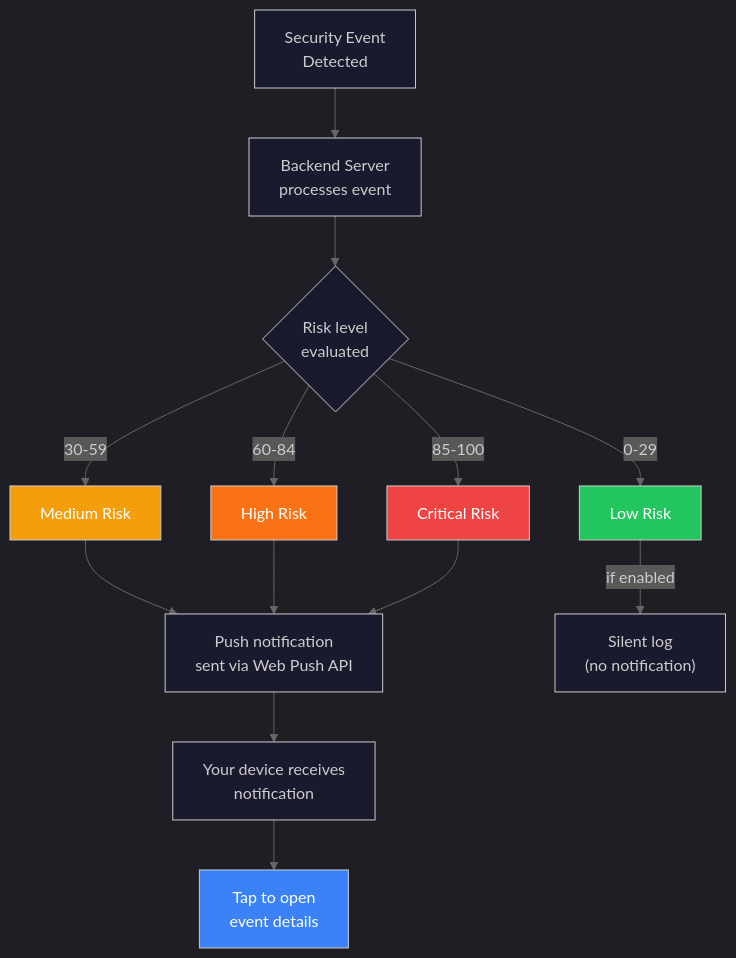
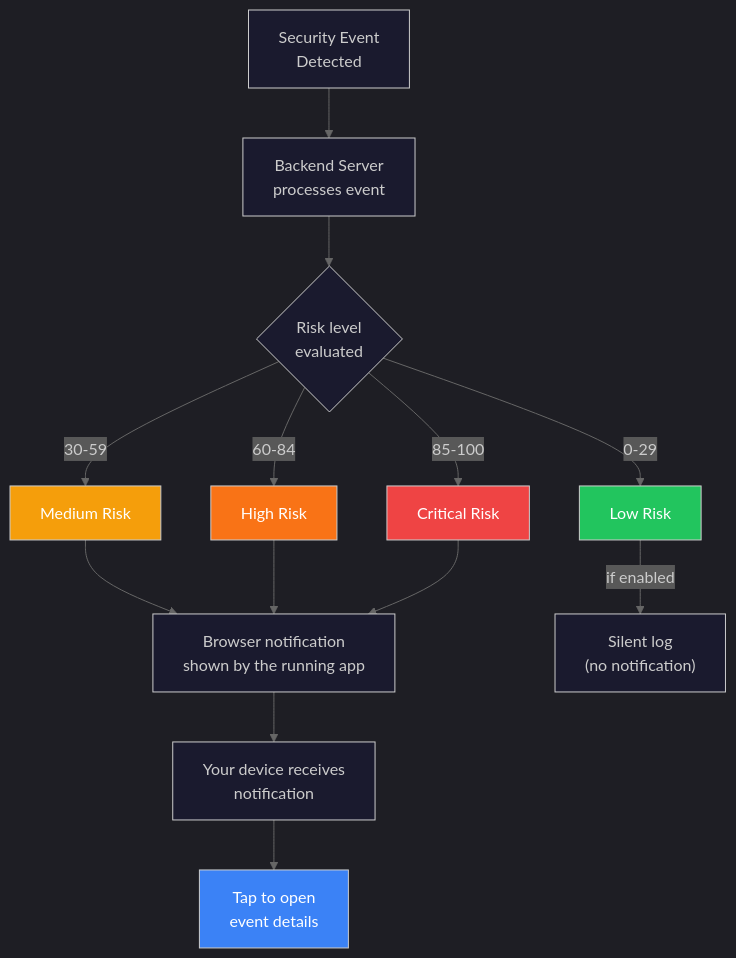
The diagram in docs/ui/mobile-pwa.md (mikesvoboda/nemotron-v3-home-security-intelligence), drawn with Mermaid before and after one commit. The commit also changed other lines of this file and 313 other files, not shown here.

````diff
--- a/docs/ui/mobile-pwa.md
+++ b/docs/ui/mobile-pwa.md
@@ -190,48 +201,48 @@
 ```mermaid
 %%{init: {
   'theme': 'dark',
   'themeVariables': {
     'primaryColor': '#3B82F6',
     'primaryTextColor': '#FFFFFF',
     'primaryBorderColor': '#60A5FA',
     'secondaryColor': '#A855F7',
     'tertiaryColor': '#009688',
     'background': '#121212',
     'mainBkg': '#1a1a2e',
     'lineColor': '#666666'
   }
 }}%%
 flowchart TD
     EVENT["Security Event<br/>Detected"]
     PROCESS["Backend Server<br/>processes event"]
     RISK{"Risk level<br/>evaluated"}
     LOW["Low Risk"]
     MED["Medium Risk"]
     HIGH["High Risk"]
     CRIT["Critical Risk"]
-    PUSH["Push notification<br/>sent via Web Push API"]
+    PUSH["Browser notification<br/>shown by the running app"]
     DEVICE["Your device receives<br/>notification"]
     TAP["Tap to open<br/>event details"]
     SILENT["Silent log<br/>(no notification)"]
 
     EVENT --> PROCESS
     PROCESS --> RISK
     RISK -->|"0-29"| LOW
     RISK -->|"30-59"| MED
     RISK -->|"60-84"| HIGH
     RISK -->|"85-100"| CRIT
 
     LOW -->|"if enabled"| SILENT
     MED --> PUSH
     HIGH --> PUSH
     CRIT --> PUSH
 
     PUSH --> DEVICE
     DEVICE --> TAP
 
     style LOW fill:#22C55E,color:#fff
     style MED fill:#F59E0B,color:#fff
     style HIGH fill:#F97316,color:#fff
     style CRIT fill:#EF4444,color:#fff
     style TAP fill:#3B82F6,color:#fff
 ```
````
